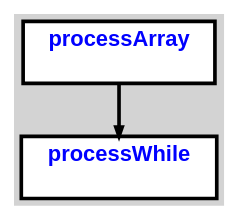
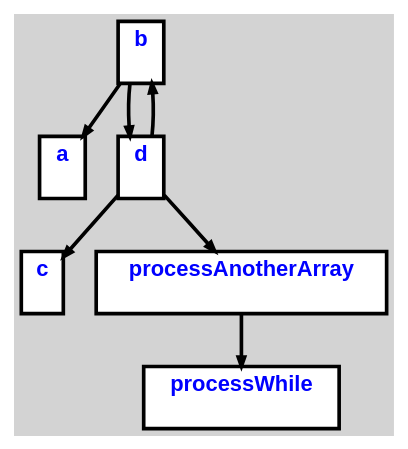
Before and after one commit to aveen007/CountingMonkeys: the diagram in cpoCompilerWin/CG.input.txt.dot, drawn with Graphviz. The commit also changed 32 other files, not shown here.

```diff
--- a/cpoCompilerWin/CG.input.txt.dot
+++ b/cpoCompilerWin/CG.input.txt.dot
@@ -1,11 +1,23 @@
 digraph G {
 ordering=out;
 ranksep=.4;
 bgcolor="lightgrey";  node [shape=box, fixedsize=false, fontsize=12, fontname="Helvetica-bold", fontcolor="blue"
 width=.25, height=.25, color="black", fillcolor="white", style="filled, solid, bold"];
 
 edge [arrowsize=.5, color="black", style="bold"]
-    n00001252932A34D0 [label="processWhile\n "]
-    n00001252932A3550 [label="processArray\n "]
-    n00001252932A3550 -> n00001252932A34D0
+    n000011E4978A9C50 [label="b\n "]
+    n000011E4978A9C50 -> n000011E4978AC210
+    n000011E4978AC210 [label="a\n "]
+    n000011E4978A9C50 -> n000011E4978A9D10
+    n000011E4978A9D10 [label="d\n "]
+    n000011E4978A9D10 [label="d\n "]
+    n000011E4978A9D10 -> n000011E4978A9C50
+    n000011E4978A9C50 [label="b\n "]
+    n000011E4978A9D10 -> n000011E4978AC8D0
+    n000011E4978AC8D0 [label="c\n "]
+    n000011E4978A9D10 -> n000011E4978AA590
+    n000011E4978AA590 [label="processAnotherArray\n "]
+    n000011E4978AA590 [label="processAnotherArray\n "]
+    n000011E4978AA590 -> n000011E4978ACC50
+    n000011E4978ACC50 [label="processWhile\n "]
 }
```
